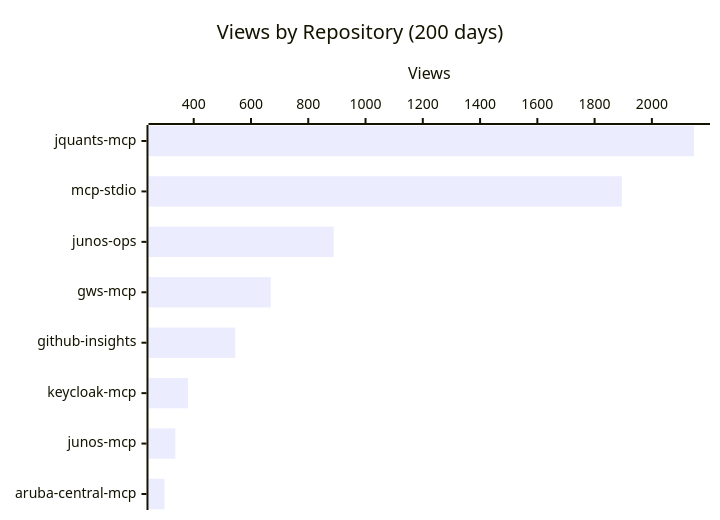
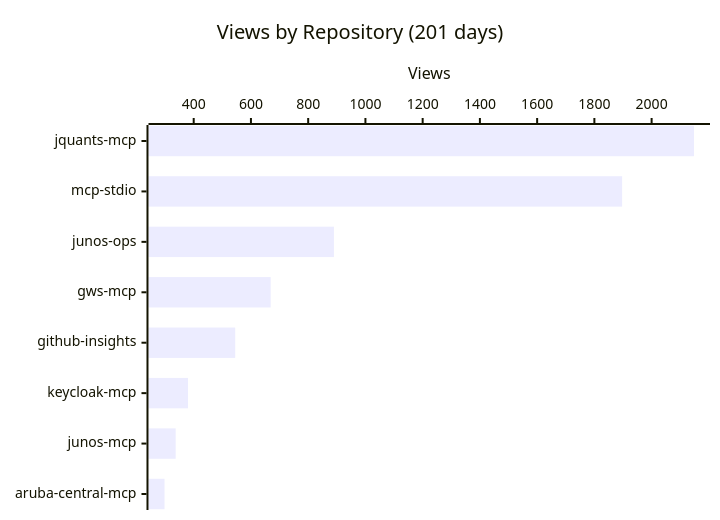
One commit to shigechika/github-insights changed the first of 4 diagrams in README.md. Above: the diagram before and after it, drawn with Mermaid. The commit also changed other lines of this file and 2 other files, not shown here.

````diff
--- a/README.md
+++ b/README.md
@@ -18,7 +18,7 @@
 ```mermaid
 xychart-beta horizontal
-    title "Views by Repository (200 days)"
+    title "Views by Repository (201 days)"
     x-axis ["jquants-mcp", "mcp-stdio", "junos-ops", "gws-mcp", "github-insights", "keycloak-mcp", "junos-mcp", "aruba-central-mcp"]
     y-axis "Views"
-    bar [2147, 1895, 889, 669, 545, 380, 336, 298]
+    bar [2148, 1897, 890, 669, 545, 380, 337, 298]
 ```
````
